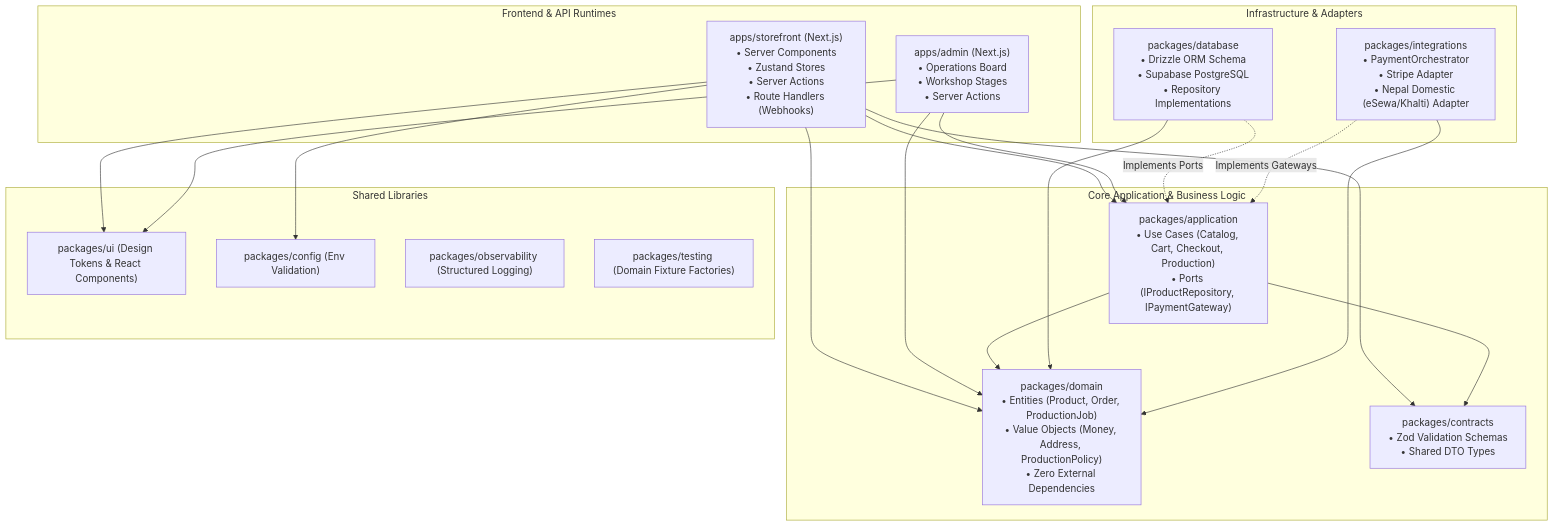
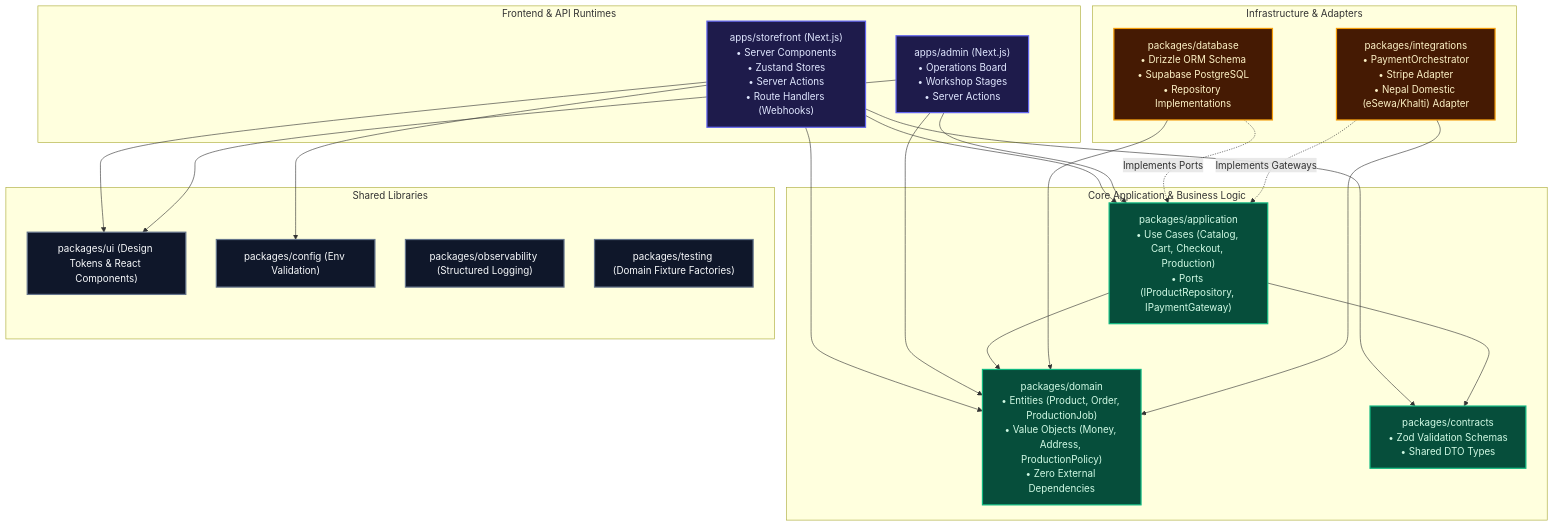
Before and after one commit to Sarthak2233/Jeanius: the diagram in docs/assets/diagrams/src/architecture-component-layers.mmd, drawn with Mermaid. The commit also changed 43 other files, not shown here.

First line of the commit message:
feat(docs): revamp diagrams with high-contrast dark atelier card styling and semantic palettes

```diff
--- a/docs/assets/diagrams/src/architecture-component-layers.mmd
+++ b/docs/assets/diagrams/src/architecture-component-layers.mmd
@@ -1,42 +1,52 @@
 graph TD
     subgraph Frontend & API Runtimes
         Storefront["apps/storefront (Next.js)<br/>• Server Components<br/>• Zustand Stores<br/>• Server Actions<br/>• Route Handlers (Webhooks)"]
         Admin["apps/admin (Next.js)<br/>• Operations Board<br/>• Workshop Stages<br/>• Server Actions"]
     end
 
     subgraph Core Application & Business Logic
         AppLayer["packages/application<br/>• Use Cases (Catalog, Cart, Checkout, Production)<br/>• Ports (IProductRepository, IPaymentGateway)"]
         Domain["packages/domain<br/>• Entities (Product, Order, ProductionJob)<br/>• Value Objects (Money, Address, ProductionPolicy)<br/>• Zero External Dependencies"]
         Contracts["packages/contracts<br/>• Zod Validation Schemas<br/>• Shared DTO Types"]
     end
 
     subgraph Infrastructure & Adapters
         Database["packages/database<br/>• Drizzle ORM Schema<br/>• Supabase PostgreSQL<br/>• Repository Implementations"]
         Integrations["packages/integrations<br/>• PaymentOrchestrator<br/>• Stripe Adapter<br/>• Nepal Domestic (eSewa/Khalti) Adapter"]
     end
 
     subgraph Shared Libraries
         UI["packages/ui (Design Tokens & React Components)"]
         Config["packages/config (Env Validation)"]
         Obs["packages/observability (Structured Logging)"]
         Testing["packages/testing (Domain Fixture Factories)"]
     end
 
     Storefront --> AppLayer
     Storefront --> Domain
     Storefront --> Contracts
     Storefront --> UI
     Storefront --> Config
 
     Admin --> AppLayer
     Admin --> Domain
     Admin --> UI
 
     AppLayer --> Domain
     AppLayer --> Contracts
 
     Database -.->|Implements Ports| AppLayer
     Database --> Domain
 
     Integrations -.->|Implements Gateways| AppLayer
     Integrations --> Domain
+
+    classDef indigo fill:#1e1b4b,stroke:#6366f1,stroke-width:2px,color:#e0e7ff;
+    classDef emerald fill:#064e3b,stroke:#10b981,stroke-width:2px,color:#d1fae5;
+    classDef amber fill:#451a03,stroke:#f59e0b,stroke-width:2px,color:#fef3c7;
+    classDef slate fill:#0f172a,stroke:#64748b,stroke-width:2px,color:#f8fafc;
+
+    class Storefront,Admin indigo;
+    class AppLayer,Domain,Contracts emerald;
+    class Database,Integrations amber;
+    class UI,Config,Obs,Testing slate;
```
